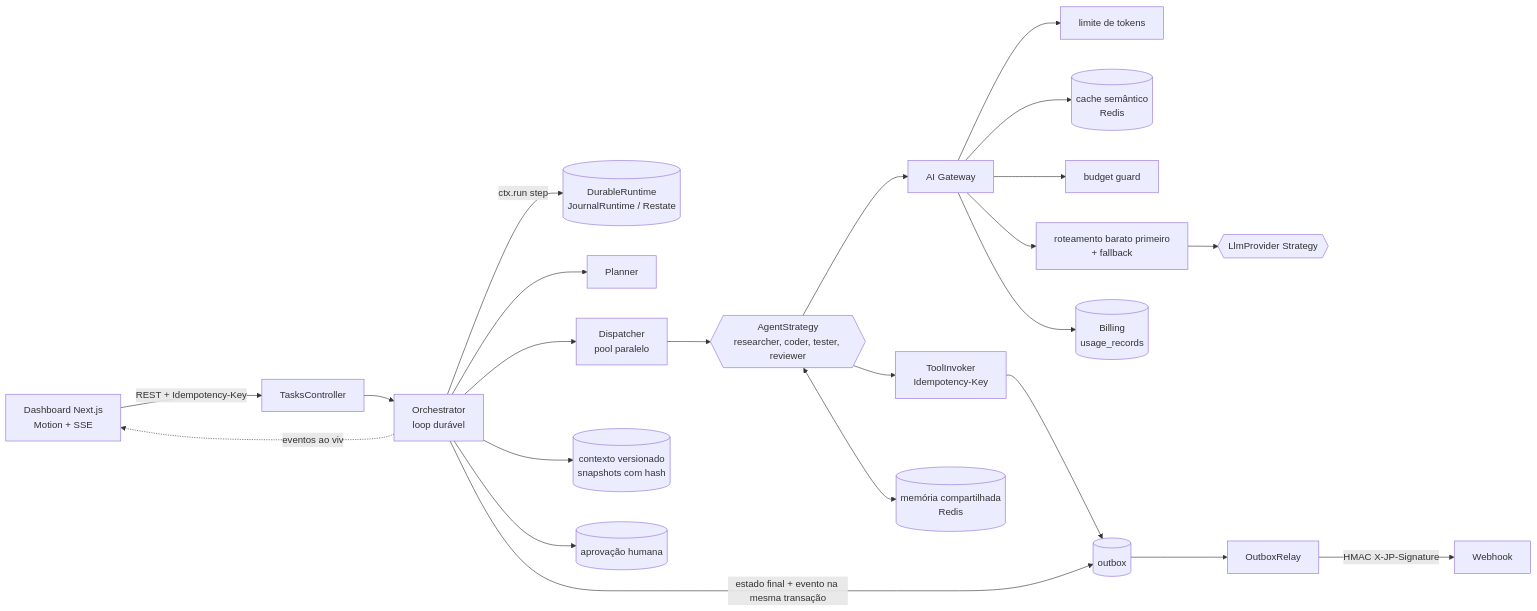
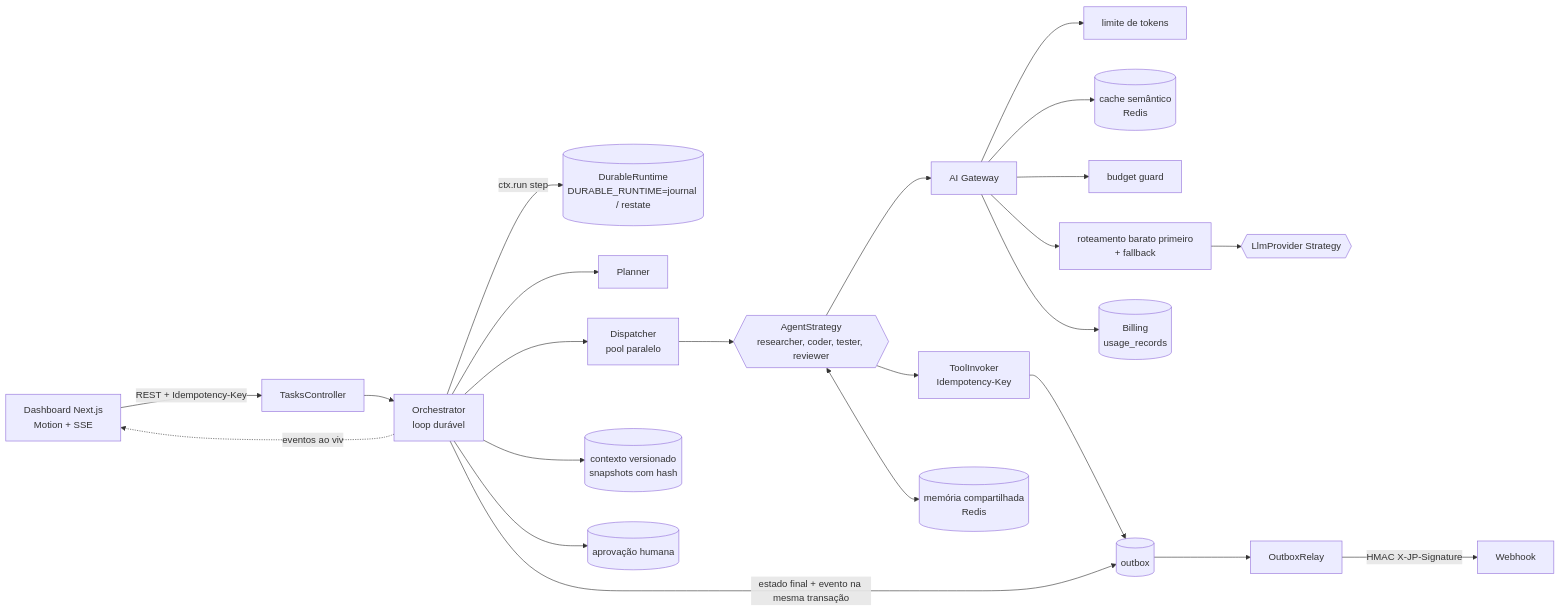
Before and after one commit to Joao-Pedro-AI-Visionary/jp-orchestrator: the diagram in README.md, drawn with Mermaid. The commit also changed other lines of this file and 30 other files, not shown here.

Commit message:
feat: durable execution adapter (restate) behind DURABLE_RUNTIME (v0.7.0)

````diff
--- a/README.md
+++ b/README.md
@@ -40,24 +40,24 @@
 ```mermaid
 flowchart LR
   UI[Dashboard Next.js<br/>Motion + SSE] -->|REST + Idempotency-Key| API[TasksController]
   API --> ORC[Orchestrator<br/>loop durável]
-  ORC -->|ctx.run step| DR[(DurableRuntime<br/>JournalRuntime / Restate)]
+  ORC -->|ctx.run step| DR[(DurableRuntime<br/>DURABLE_RUNTIME=journal / restate)]
   ORC --> PL[Planner]
   ORC --> DSP[Dispatcher<br/>pool paralelo]
   DSP --> AG{{AgentStrategy<br/>researcher, coder, tester, reviewer}}
   AG --> GW[AI Gateway]
   GW --> TL[limite de tokens]
   GW --> SC[(cache semântico<br/>Redis)]
   GW --> BG[budget guard]
   GW --> RT[roteamento barato primeiro<br/>+ fallback]
   RT --> PR{{LlmProvider Strategy}}
   GW --> BL[(Billing<br/>usage_records)]
   AG --> TI[ToolInvoker<br/>Idempotency-Key]
   TI --> OB[(outbox)]
   AG <--> MEM[(memória compartilhada<br/>Redis)]
   ORC --> CTX[(contexto versionado<br/>snapshots com hash)]
   ORC --> AP[(aprovação humana)]
   ORC -->|estado final + evento na mesma transação| OB
   OB --> RL[OutboxRelay] -->|HMAC X-JP-Signature| WH[Webhook]
   ORC -.eventos ao vivo.-> UI
 ```
````
